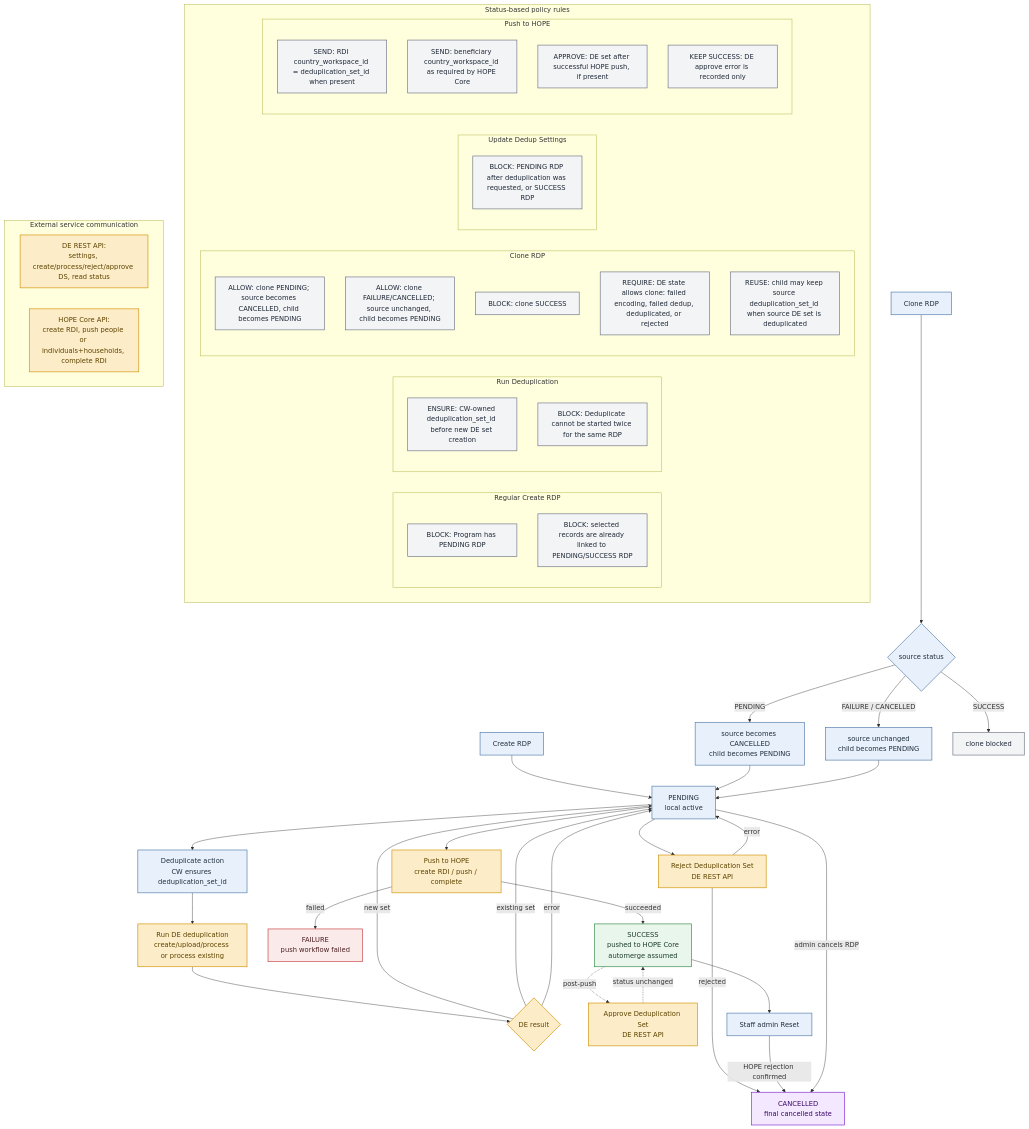
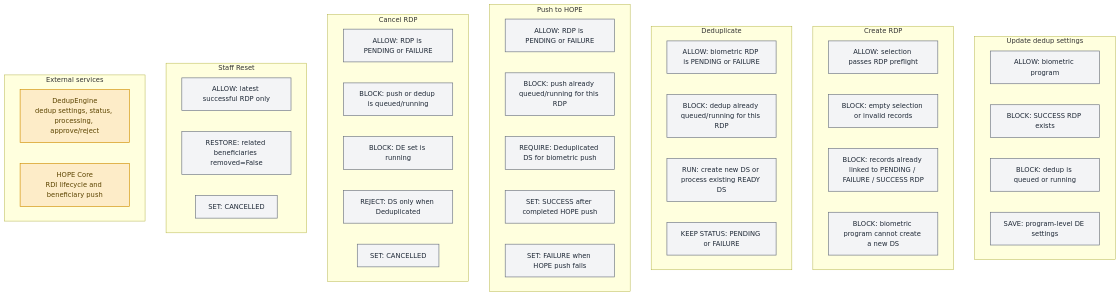
Before and after one commit to unicef/hope-country-workspace: the third of 3 diagrams in docs/src/flows/rdp_lifecycle.md, drawn with Mermaid. The commit also changed other lines of this file, not shown here.

````diff
--- a/docs/src/flows/rdp_lifecycle.md
+++ b/docs/src/flows/rdp_lifecycle.md
@@ -51,85 +133,56 @@
 ```mermaid
 flowchart TB
-    CREATE["Create RDP"] --> PENDING["PENDING<br>local active"]
-
-    PENDING --> DEDUP_CLAIM["Deduplicate action<br>CW ensures deduplication_set_id"]
-    DEDUP_CLAIM --> DEDUP["Run DE deduplication<br>create/upload/process or process existing"]
-    DEDUP --> D1{"DE result"}
-    D1 -- "new set" --> PENDING
-    D1 -- "existing set" --> PENDING
-    D1 -- "error" --> PENDING
-
-    PENDING --> RDS["Reject Deduplication Set<br>DE REST API"]
-    RDS -->|rejected| CANCELLED["CANCELLED<br>final cancelled state"]
-    RDS -->|error| PENDING
-
-    PENDING --> HOPE_PUSH["Push to HOPE<br>create RDI / push / complete"]
-    HOPE_PUSH -->|failed| FAILURE["FAILURE<br>push workflow failed"]
-    HOPE_PUSH -->|succeeded| SUCCESS["SUCCESS<br>pushed to HOPE Core<br>automerge assumed"]
-
-    SUCCESS -. "post-push" .-> DE_APPROVE["Approve Deduplication Set<br>DE REST API"]
-    DE_APPROVE -. "status unchanged" .-> SUCCESS
-
-    SUCCESS --> RESET["Staff admin Reset"]
-    RESET -->|HOPE rejection confirmed| CANCELLED
-
-    PENDING -->|admin cancels RDP| CANCELLED
-
-    CLONE["Clone RDP"] --> CL1{"source status"}
-    CL1 -- "PENDING" --> CL2["source becomes CANCELLED<br>child becomes PENDING"]
-    CL1 -- "FAILURE / CANCELLED" --> CL3["source unchanged<br>child becomes PENDING"]
-    CL1 -- "SUCCESS" --> CL4["clone blocked"]
-
-    CL2 --> PENDING
-    CL3 --> PENDING
-
-    subgraph STATUS_RULES["Status-based policy rules"]
-        subgraph CREATE_RULES["Regular Create RDP"]
-            A["BLOCK: Program has PENDING RDP"]
-            B["BLOCK: selected records are already linked to PENDING/SUCCESS RDP"]
-        end
-
-        subgraph DEDUP_RULES["Run Deduplication"]
-            H["ENSURE: CW-owned deduplication_set_id before new DE set creation"]
-            J["BLOCK: Deduplicate cannot be started twice for the same RDP"]
-        end
-
-        subgraph CLONE_RULES["Clone RDP"]
-            C["ALLOW: clone PENDING; source becomes CANCELLED, child becomes PENDING"]
-            D["ALLOW: clone FAILURE/CANCELLED; source unchanged, child becomes PENDING"]
-            E["BLOCK: clone SUCCESS"]
-            F["REQUIRE: DE state allows clone: failed encoding, failed dedup, deduplicated, or rejected"]
-            K["REUSE: child may keep source deduplication_set_id when source DE set is deduplicated"]
-        end
-
-        subgraph SETTINGS_RULES["Update Dedup Settings"]
-            G["BLOCK: PENDING RDP after deduplication was requested, or SUCCESS RDP"]
-        end
-
-        subgraph PUSH_RULES["Push to HOPE"]
-            L["SEND: RDI country_workspace_id = deduplication_set_id when present"]
-            M["SEND: beneficiary country_workspace_id as required by HOPE Core"]
-            N["APPROVE: DE set after successful HOPE push, if present"]
-            O["KEEP SUCCESS: DE approve error is recorded only"]
-        end
+    subgraph SETTINGS["Update dedup settings"]
+        S1["ALLOW: biometric program"]
+        S2["BLOCK: SUCCESS RDP exists"]
+        S3["BLOCK: dedup is queued or running"]
+        S4["SAVE: program-level DE settings"]
     end
 
-    subgraph EXTERNAL["External service communication"]
-        X1["DE REST API:<br>settings, create/process/reject/approve DS, read status"]
-        X2["HOPE Core API:<br>create RDI, push people or individuals+households, complete RDI"]
+    subgraph CREATE["Create RDP"]
+        C1["ALLOW: selection passes RDP preflight"]
+        C2["BLOCK: empty selection or invalid records"]
+        C3["BLOCK: records already linked to PENDING / FAILURE / SUCCESS RDP"]
+        C4["BLOCK: biometric program cannot create a new DS"]
     end
 
-    classDef local fill:#E8F1FB,stroke:#4C78A8,stroke-width:1.5px,color:#1F2D3D;
+    subgraph DEDUP["Deduplicate"]
+        D1["ALLOW: biometric RDP is PENDING or FAILURE"]
+        D2["BLOCK: dedup already queued/running for this RDP"]
+        D3["RUN: create new DS or process existing READY DS"]
+        D4["KEEP STATUS: PENDING or FAILURE"]
+    end
+
+    subgraph PUSH["Push to HOPE"]
+        P1["ALLOW: RDP is PENDING or FAILURE"]
+        P2["BLOCK: push already queued/running for this RDP"]
+        P3["REQUIRE: Deduplicated DS for biometric push"]
+        P4["SET: SUCCESS after completed HOPE push"]
+        P5["SET: FAILURE when HOPE push fails"]
+    end
+
+    subgraph CANCEL["Cancel RDP"]
+        X1["ALLOW: RDP is PENDING or FAILURE"]
+        X2["BLOCK: push or dedup is queued/running"]
+        X3["BLOCK: DE set is running"]
+        X4["REJECT: DS only when Deduplicated"]
+        X5["SET: CANCELLED"]
+    end
+
+    subgraph RESET["Staff Reset"]
+        R1["ALLOW: latest successful RDP only"]
+        R2["RESTORE: related beneficiaries removed=False"]
+        R3["SET: CANCELLED"]
+    end
+
+    subgraph SERVICES["External services"]
+        DE_API["DedupEngine<br>dedup settings, status, processing, approve/reject"]
+        HOPE_API["HOPE Core<br>RDI lifecycle and beneficiary push"]
+    end
+
+    classDef rule fill:#F3F4F6,stroke:#6B7280,stroke-width:1.5px,color:#1F2937;
     classDef external fill:#FDECC8,stroke:#D18F00,stroke-width:1.5px,color:#5C4400;
-    classDef success fill:#E8F6EC,stroke:#2E8540,stroke-width:1.5px,color:#1F3D2A;
-    classDef failed fill:#FBEAEA,stroke:#C43B3B,stroke-width:1.5px,color:#4A1F1F;
-    classDef neutral fill:#F3F4F6,stroke:#6B7280,stroke-width:1.5px,color:#1F2937;
-    classDef cancelled fill:#F3E8FF,stroke:#7E22CE,stroke-width:1.5px,color:#3B0764;
 
-    class PENDING,CREATE,CLONE,CL1,CL2,CL3,RESET,DEDUP_CLAIM local;
-    class DEDUP,D1,RDS,HOPE_PUSH,DE_APPROVE,X1,X2 external;
-    class SUCCESS success;
-    class FAILURE failed;
-    class CANCELLED cancelled;
-    class CL4,A,B,C,D,E,F,G,H,I,J,K,L,M,N,O neutral;
+    class S1,S2,S3,S4,C1,C2,C3,C4,D1,D2,D3,D4,P1,P2,P3,P4,P5,X1,X2,X3,X4,X5,R1,R2,R3 rule;
+    class DE_API,HOPE_API external;
 ```
````
